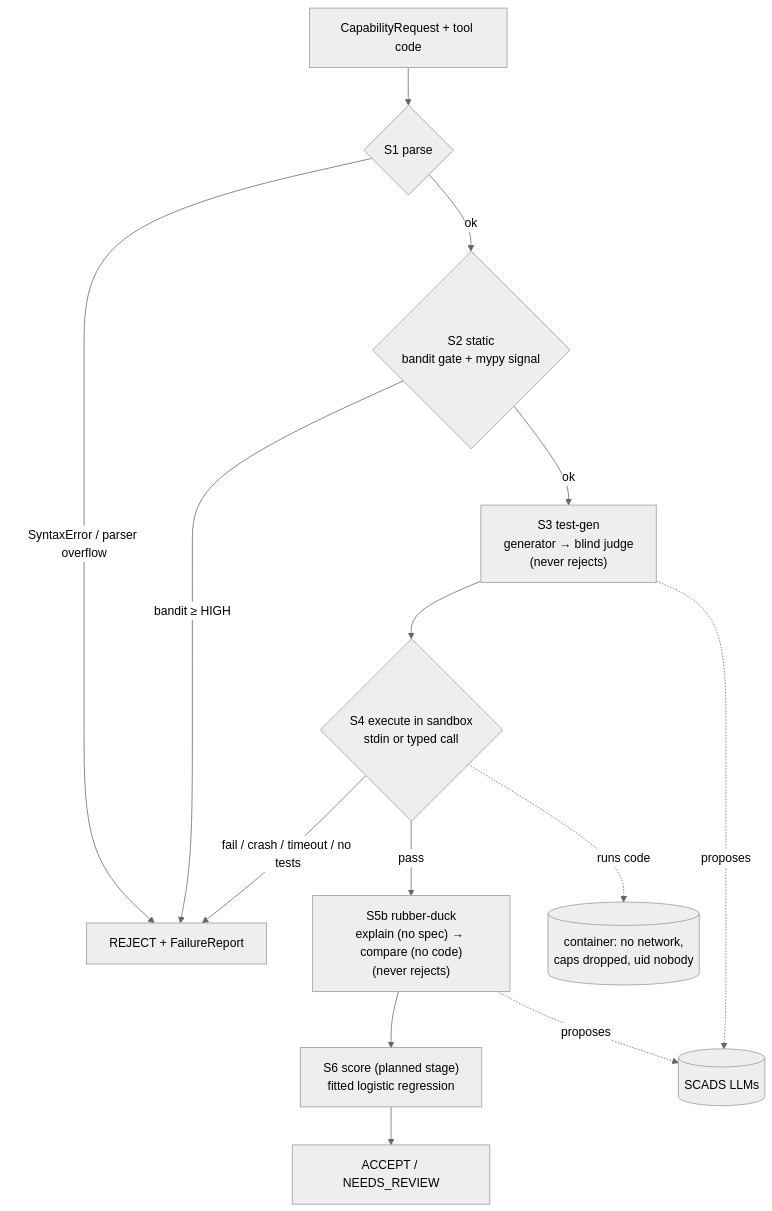
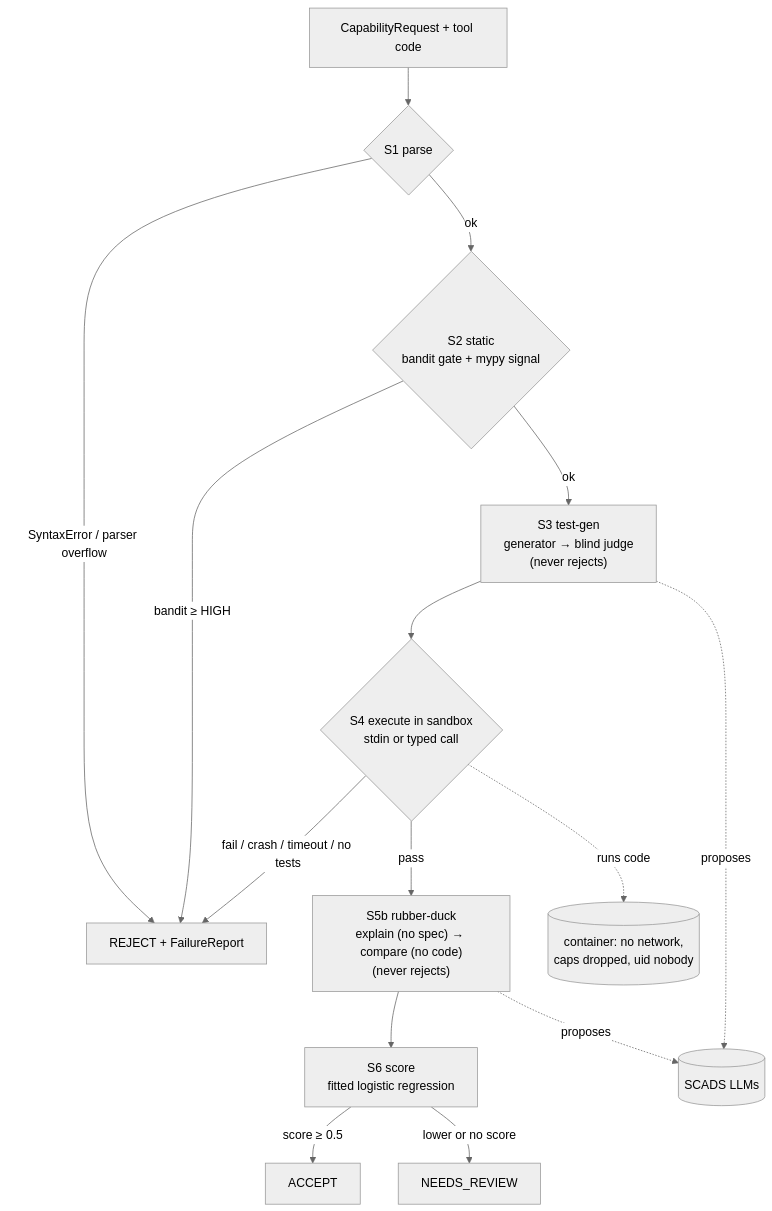
One commit to sohaib-cyborg/progressive-validation-ladder changed the second of 3 diagrams in docs/PROJECT_LOG.md. Above: the diagram before and after it, drawn with Mermaid (neutral theme). The commit also changed other lines of this file and 5 other files, not shown here.

````diff
--- a/docs/PROJECT_LOG.md
+++ b/docs/PROJECT_LOG.md
@@ -96,16 +97,17 @@
 ```mermaid
 flowchart TD
     IN["CapabilityRequest + tool code"] --> S1{"S1 parse"}
     S1 -- "SyntaxError / parser overflow" --> REJ["REJECT + FailureReport"]
     S1 -- ok --> S2{"S2 static<br/>bandit gate + mypy signal"}
     S2 -- "bandit ≥ HIGH" --> REJ
     S2 -- ok --> S3["S3 test-gen<br/>generator → blind judge<br/>(never rejects)"]
     S3 --> S4{"S4 execute in sandbox<br/>stdin or typed call"}
     S4 -- "fail / crash / timeout / no tests" --> REJ
     S4 -- pass --> S5B["S5b rubber-duck<br/>explain (no spec) → compare (no code)<br/>(never rejects)"]
-    S5B --> S6["S6 score (planned stage)<br/>fitted logistic regression"]
-    S6 --> V["ACCEPT / NEEDS_REVIEW"]
+    S5B --> S6["S6 score<br/>fitted logistic regression"]
+    S6 -- "score ≥ 0.5" --> V["ACCEPT"]
+    S6 -- "lower or no score" --> NR["NEEDS_REVIEW"]
     S3 -. proposes .-> LLM[("SCADS LLMs")]
     S5B -. proposes .-> LLM
     S4 -. runs code .-> BOX[("container: no network,<br/>caps dropped, uid nobody")]
 ```
````
